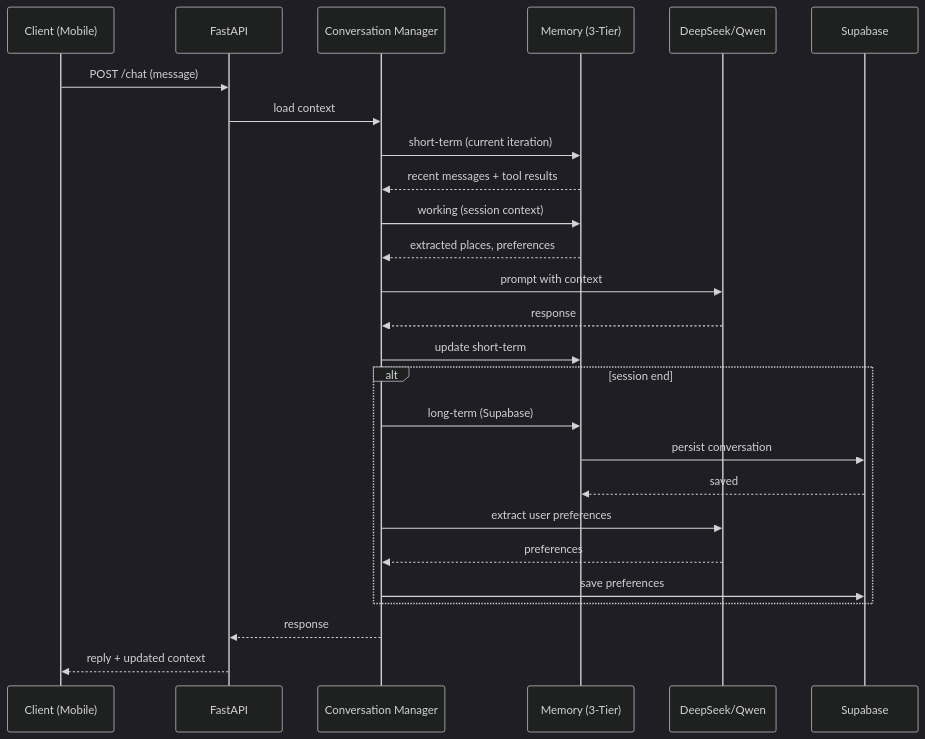
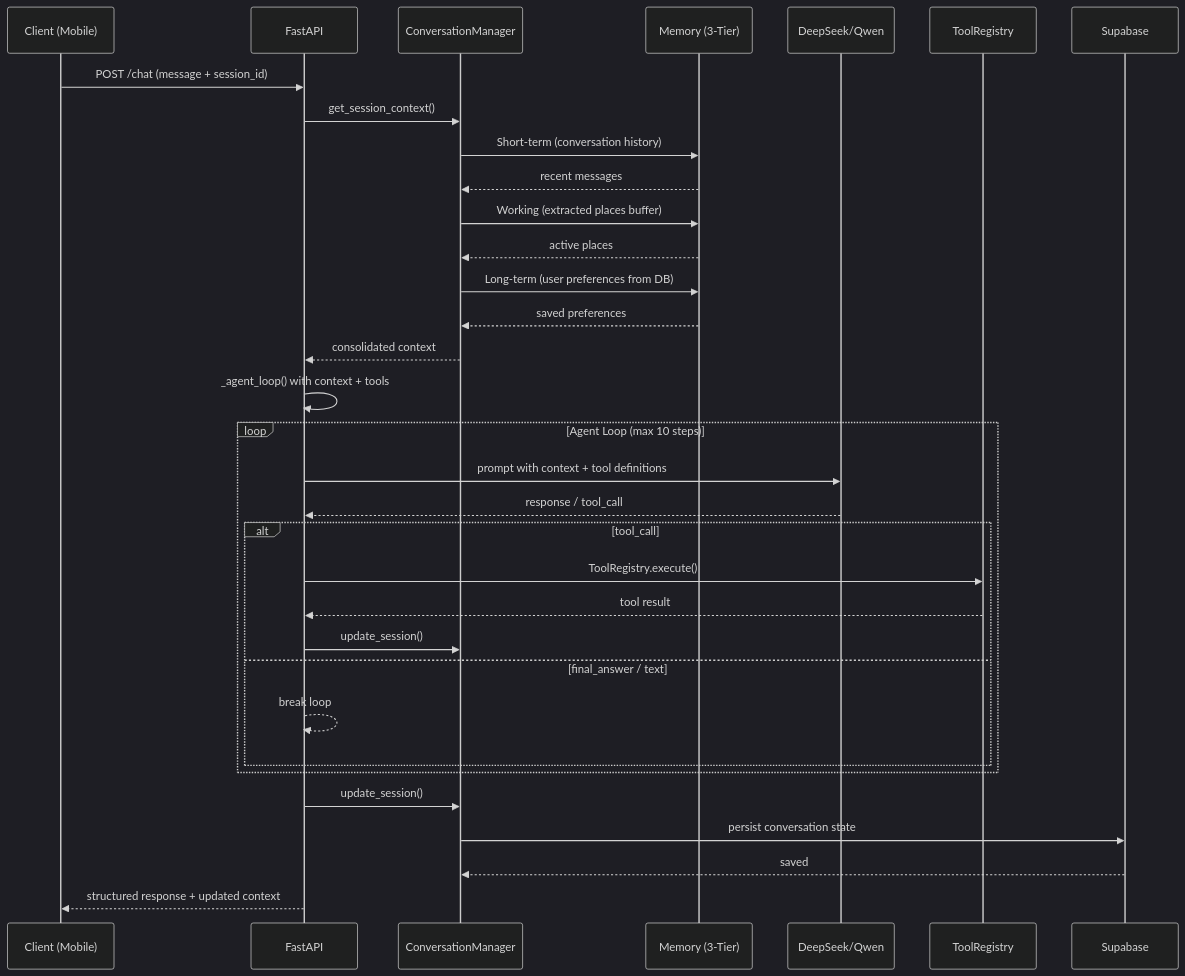
The seventh of 7 diagrams in README.md (zjwang168/atlas-mobile), drawn with Mermaid (dark theme) before and after one commit. The commit also changed other lines of this file, not shown here.

````diff
--- a/README.md
+++ b/README.md
@@ -187,29 +299,38 @@
 ```mermaid
 sequenceDiagram
     participant C as Client (Mobile)
     participant API as FastAPI
-    participant CM as Conversation Manager
+    participant CM as ConversationManager
     participant MEM as Memory (3-Tier)
     participant LLM as DeepSeek/Qwen
+    participant TR as ToolRegistry
     participant DB as Supabase
-    
-    C->>API: POST /chat (message)
-    API->>CM: load context
-    CM->>MEM: short-term (current iteration)
-    MEM-->>CM: recent messages + tool results
-    CM->>MEM: working (session context)
-    MEM-->>CM: extracted places, preferences
-    CM->>LLM: prompt with context
-    LLM-->>CM: response
-    CM->>MEM: update short-term
-    alt session end
-        CM->>MEM: long-term (Supabase)
-        MEM->>DB: persist conversation
-        DB-->>MEM: saved
-        CM->>LLM: extract user preferences
-        LLM-->>CM: preferences
-        CM->>DB: save preferences
+
+    C->>API: POST /chat (message + session_id)
+    API->>CM: get_session_context()
+    CM->>MEM: Short-term (conversation history)
+    MEM-->>CM: recent messages
+    CM->>MEM: Working (extracted places buffer)
+    MEM-->>CM: active places
+    CM->>MEM: Long-term (user preferences from DB)
+    MEM-->>CM: saved preferences
+    CM-->>API: consolidated context
+
+    API->>API: _agent_loop() with context + tools
+    loop Agent Loop (max 10 steps)
+        API->>LLM: prompt with context + tool definitions
+        LLM-->>API: response / tool_call
+        alt tool_call
+            API->>TR: ToolRegistry.execute()
+            TR-->>API: tool result
+            API->>CM: update_session()
+        else final_answer / text
+            API-->>API: break loop
+        end
     end
-    CM-->>API: response
-    API-->>C: reply + updated context
+
+    API->>CM: update_session()
+    CM->>DB: persist conversation state
+    DB-->>CM: saved
+    API-->>C: structured response + updated context
 ```
````
